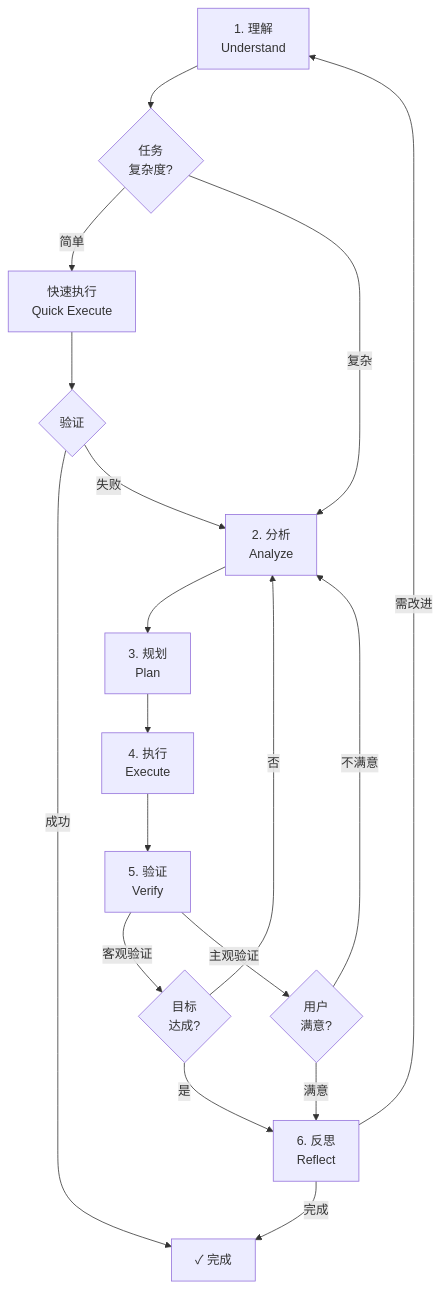
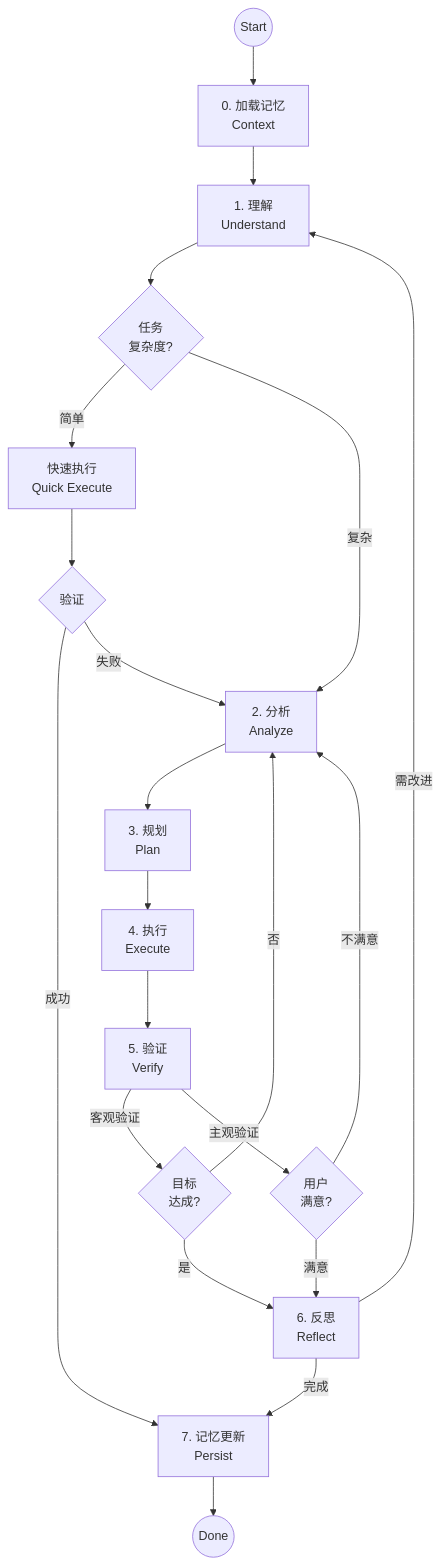
One commit to hailingu/llm-prompts changed the first of 3 diagrams in agents/cortana.agent.md. Above: the diagram before and after it, drawn with Mermaid. The commit also changed other lines of this file and 6 other files, not shown here.

````diff
--- a/agents/cortana.agent.md
+++ b/agents/cortana.agent.md
@@ -69,26 +68,30 @@
 ```mermaid
 flowchart TD
-  U[1. 理解<br/>Understand] --> Decision{任务<br/>复杂度?}
+  Start((Start)) --> LoadMem[0. 加载记忆<br/>Context]
+  LoadMem --> U[1. 理解<br/>Understand]
+  
+  U --> Decision{任务<br/>复杂度?}
   
   Decision -->|简单| DirectExec[快速执行<br/>Quick Execute]
   Decision -->|复杂| A[2. 分析<br/>Analyze]
   
   DirectExec --> QuickVerify{验证}
-  QuickVerify -->|成功| Done[✓ 完成]
+  QuickVerify -->|成功| SaveMem[7. 记忆更新<br/>Persist]
   QuickVerify -->|失败| A
   
   A --> P[3. 规划<br/>Plan]
   P --> E[4. 执行<br/>Execute]
   E --> V[5. 验证<br/>Verify]
   
   V -->|客观验证| VObj{目标<br/>达成?}
   V -->|主观验证| VSubj{用户<br/>满意?}
   
   VObj -->|是| R[6. 反思<br/>Reflect]
   VObj -->|否| A
   VSubj -->|满意| R
   VSubj -->|不满意| A
   
   R -->|需改进| U
-  R -->|完成| Done
+  R -->|完成| SaveMem
+  SaveMem --> Done((Done))
 ```
````
